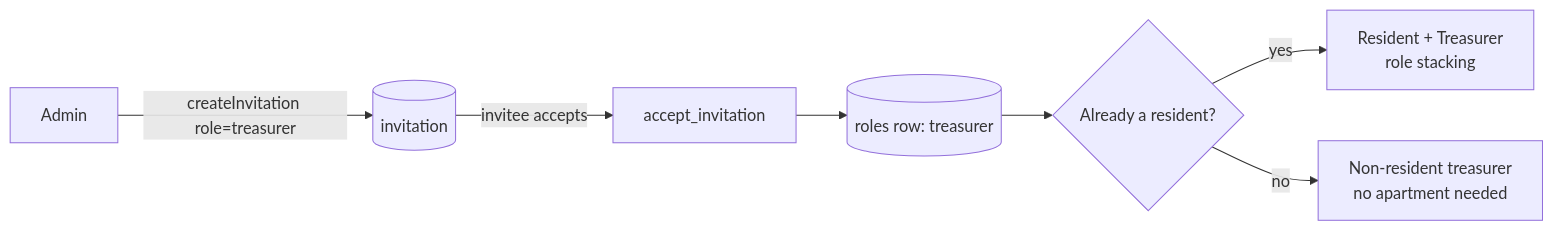
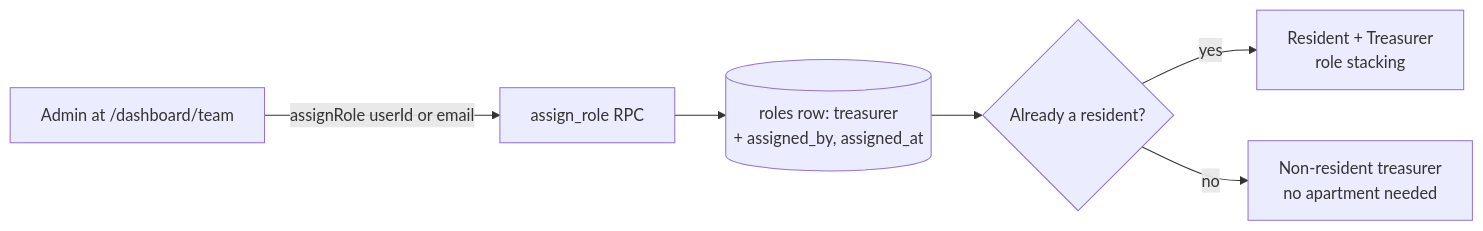
Before and after one commit to Saken-Community-Management/saken-docs: the diagram in content/features/treasurer.mdx, drawn with Mermaid. The commit also changed other lines of this file and 39 other files, not shown here.

````diff
--- a/content/features/treasurer.mdx
+++ b/content/features/treasurer.mdx
@@ -37,9 +48,8 @@
 ```mermaid
 flowchart LR
-    A[Admin] -->|createInvitation role=treasurer| I[(invitation)]
-    I -->|invitee accepts| RPC[accept_invitation]
-    RPC --> Role[(roles row: treasurer)]
+    A[Admin at /dashboard/team] -->|assignRole userId or email| RPC[assign_role RPC]
+    RPC --> Role[(roles row: treasurer<br/>+ assigned_by, assigned_at)]
     Role --> Stack{Already a resident?}
     Stack -- yes --> Both[Resident + Treasurer<br/>role stacking]
     Stack -- no --> NonRes[Non-resident treasurer<br/>no apartment needed]
 ```
````
